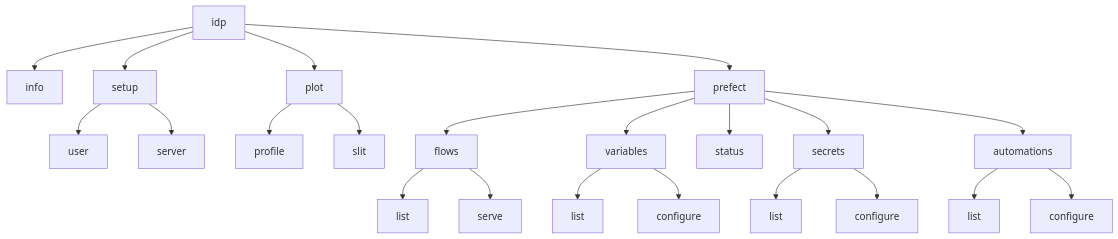
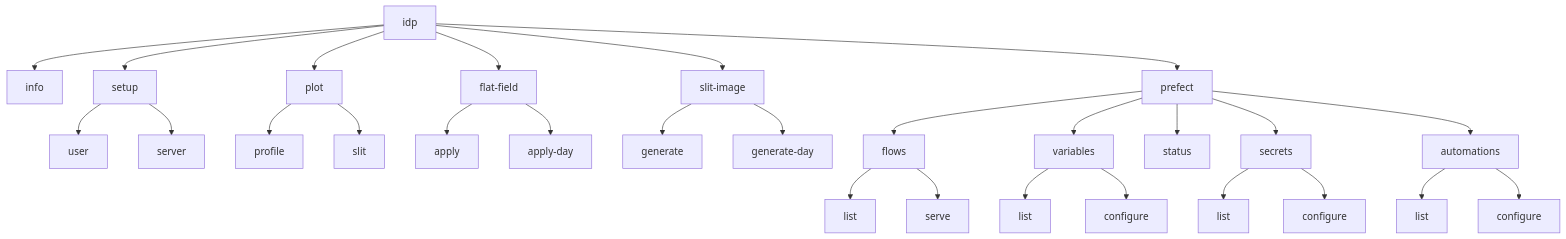
Before and after one commit to cdeldon/irsol-data-pipeline: the first of 2 diagrams in docs/cli/cli_usage.md, drawn with Mermaid. The commit also changed other lines of this file and 12 other files, not shown here.

First line of the commit message:
feat: add `idp flat-field apply` and `idp slit-image generate` CLI commands (#53)

````diff
--- a/docs/cli/cli_usage.md
+++ b/docs/cli/cli_usage.md
@@ -11,55 +11,70 @@
 ```mermaid
 flowchart TD
     IDP["idp"]
     INFO["info"]
     SETUP["setup"]
     SETUP_USER["user"]
     SETUP_SERVER["server"]
     PLOT["plot"]
     PREFECT["prefect"]
+    FF["flat-field"]
+    SI["slit-image"]
 
     PROFILE["profile"]
     SLIT["slit"]
+
+    FF_APPLY["apply"]
+    FF_APPLY_DAY["apply-day"]
+    SI_GENERATE["generate"]
+    SI_GENERATE_DAY["generate-day"]
 
     AUTOMATIONS["automations"]
     LIST_A["list"]
     CONFIGURE_A["configure"]
 
     FLOWS["flows"]
     STATUS["status"]
     VARS["variables"]
     SECRETS["secrets"]
 
     LIST_F["list"]
     SERVE["serve"]
     LIST_V["list"]
     CONFIGURE_V["configure"]
     LIST_S["list"]
     CONFIGURE_S["configure"]
 
     IDP --> INFO
     IDP --> SETUP
     IDP --> PLOT
+    IDP --> FF
+    IDP --> SI
     IDP --> PREFECT
 
     SETUP --> SETUP_USER
     SETUP --> SETUP_SERVER
 
     PLOT --> PROFILE
     PLOT --> SLIT
+
+    FF --> FF_APPLY
+    FF --> FF_APPLY_DAY
+
+    SI --> SI_GENERATE
+    SI --> SI_GENERATE_DAY
 
     PREFECT --> STATUS
     PREFECT --> FLOWS
     PREFECT --> VARS
     PREFECT --> SECRETS
     PREFECT --> AUTOMATIONS
 
     AUTOMATIONS --> LIST_A
     AUTOMATIONS --> CONFIGURE_A
     FLOWS --> LIST_F
     FLOWS --> SERVE
     VARS --> LIST_V
     VARS --> CONFIGURE_V
     SECRETS --> LIST_S
     SECRETS --> CONFIGURE_S
 ```
````
